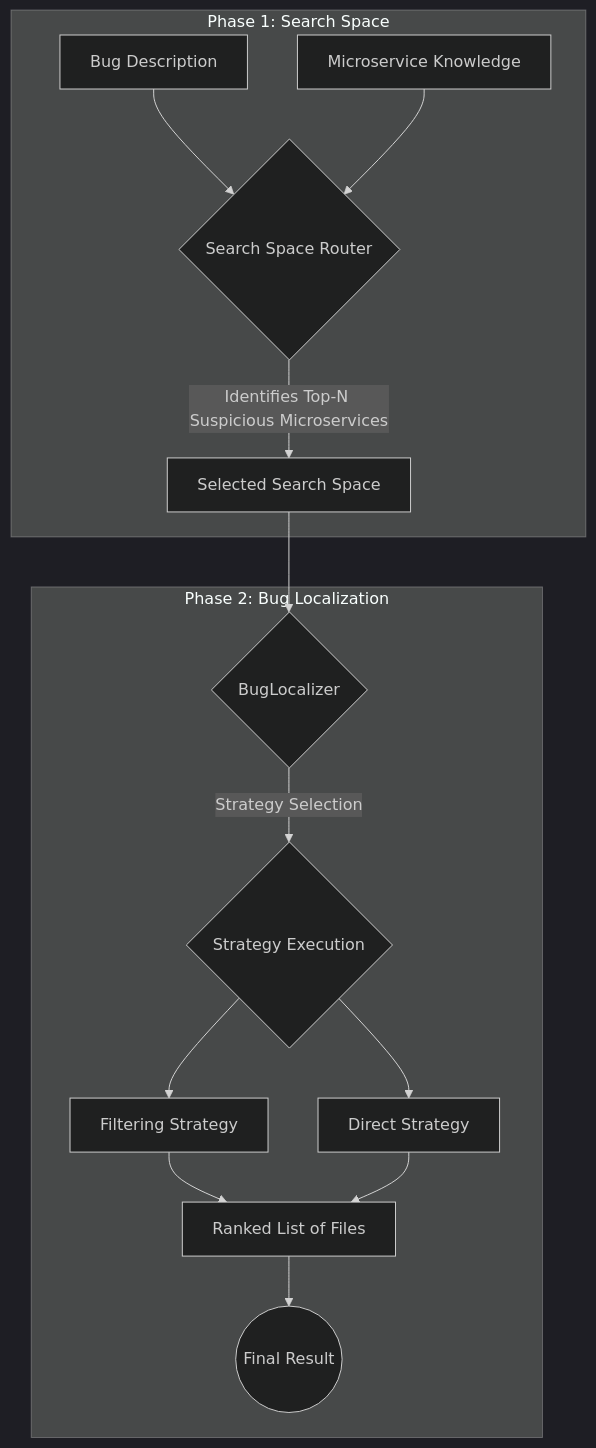
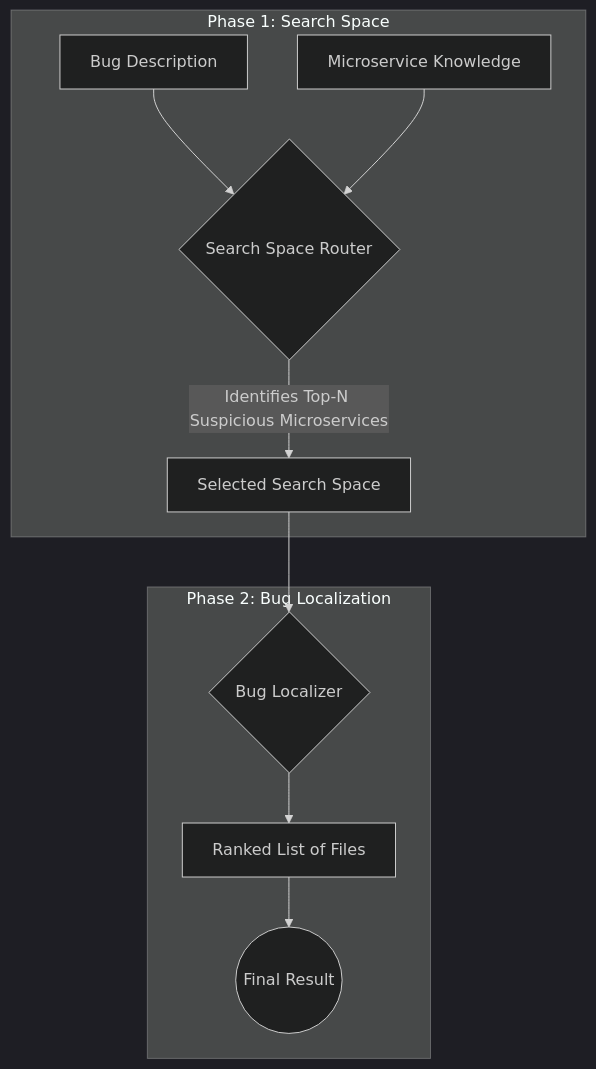
The diagram in README.md (lokumai/defect-solver-guide), drawn with Mermaid (dark theme) before and after one commit.

Commit message:
fix: simplify bug localization diagram in README for clarity

````diff
--- a/README.md
+++ b/README.md
@@ -51,18 +51,14 @@
 ```mermaid
 graph TD
     subgraph "Phase 1: Search Space"
         A[Bug Description] --> B{Search Space Router}
         C[Microservice Knowledge] --> B
         B -- Identifies Top-N Suspicious Microservices --> D["Selected Search Space"]
     end
 
     subgraph "Phase 2: Bug Localization"
-        D --> E{BugLocalizer}
-        E -- Strategy Selection --> G{Strategy Execution}
-        G --> H1[Filtering Strategy]
-        G --> H2[Direct Strategy]
-        H1 --> K[Ranked List of Files]
-        H2 --> K
+        D --> E{Bug Localizer}
+        E --> K[Ranked List of Files]
         K --> L((Final Result))
     end
 ```
````
